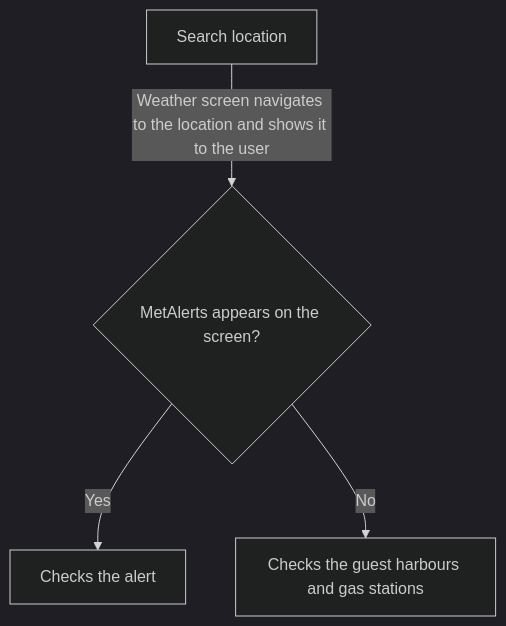
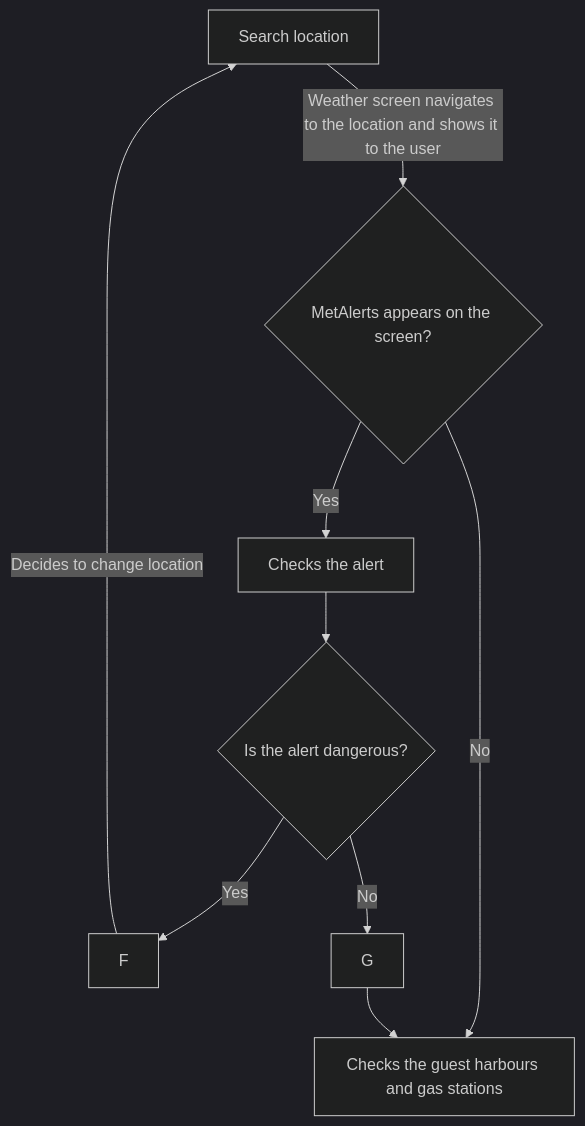
Before and after one commit to ronjainstanes/IN2000-student-project: the second of 2 diagrams in MODELING.md, drawn with Mermaid (dark theme).

Commit message:
Activity diagram start test 4

````diff
--- a/MODELING.md
+++ b/MODELING.md
@@ -126,6 +126,9 @@
 ```mermaid
 flowchart 
 A[Search location] -->|Weather screen navigates to the location and shows it to the user| B{MetAlerts appears on the screen?}
 B -->|Yes| C[Checks the alert]
 B -->|No| D[Checks the guest harbours and gas stations]
+C--> E{Is the alert dangerous?}
+E-->|Yes| F-->|Decides to change location| A
+E-->|No| G-->D
 ```
````
